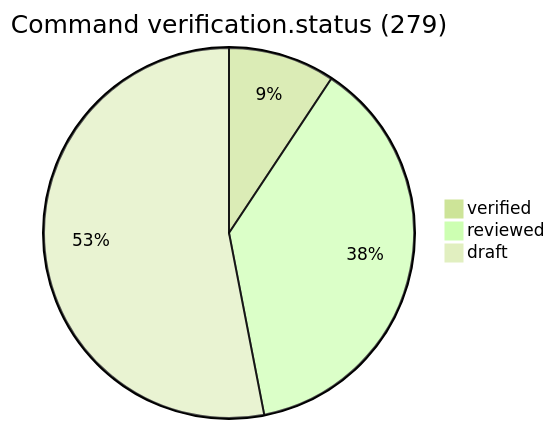
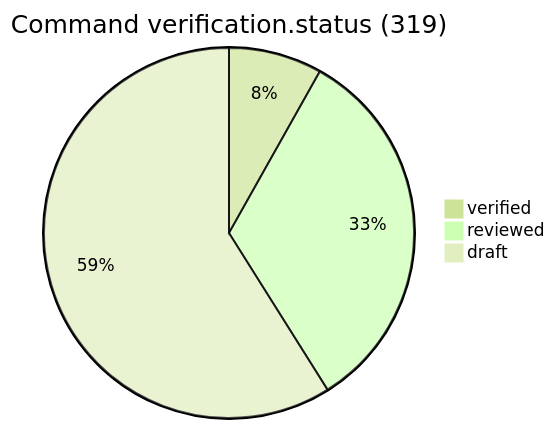
One commit to Teknoloji-Filozoflari/Nova-Commands changed the first of 8 diagrams in README.md. Above: the diagram before and after it, drawn with Mermaid (forest theme). The commit also changed other lines of this file and 65 other files, not shown here.

````diff
--- a/README.md
+++ b/README.md
@@ -50,6 +50,6 @@
 ```mermaid
-pie title Command verification.status (279)
+pie title Command verification.status (319)
   "verified" : 26
   "reviewed" : 105
-  "draft" : 148
+  "draft" : 188
 ```
````
